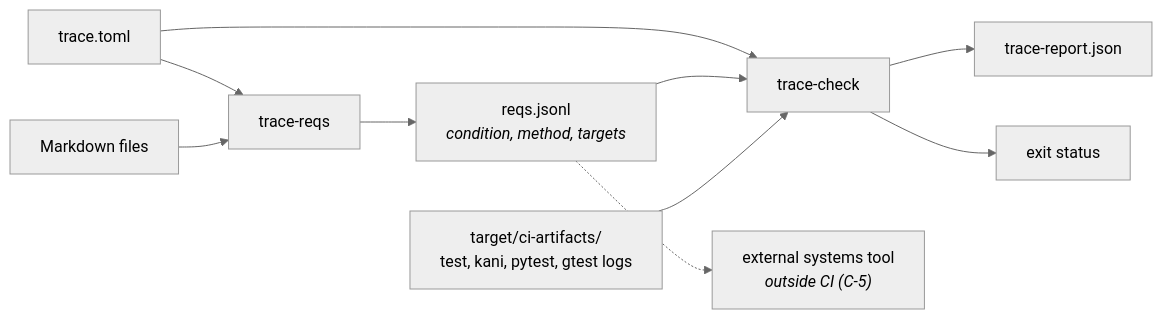
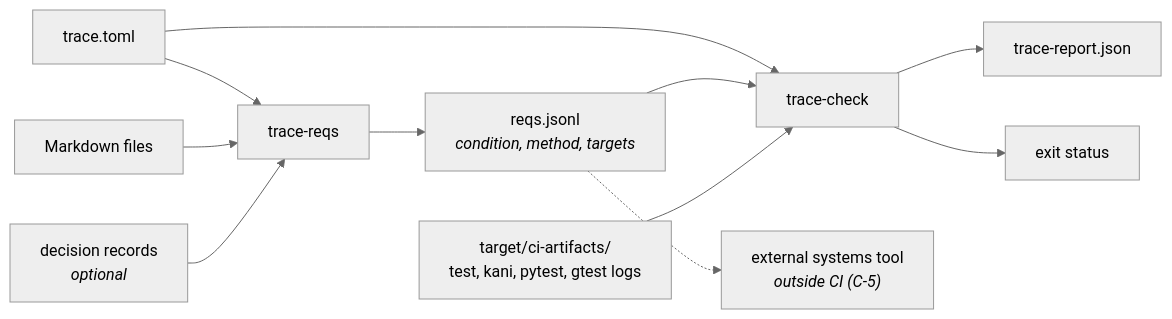
One commit to Dyse-Industries/control-rs changed the first of 2 diagrams in documentation/vv/requirement-traceability-design.md. Above: the diagram before and after it, drawn with Mermaid (neutral theme). The commit also changed other lines of this file and 11 other files, not shown here.

````diff
--- a/documentation/vv/requirement-traceability-design.md
+++ b/documentation/vv/requirement-traceability-design.md
@@ -234,12 +247,13 @@
 ```mermaid
 flowchart LR
     Cfg["trace.toml"] --> TR
     Cfg --> TC
     Docs["Markdown files"] --> TR["trace-reqs"]
+    Dec["decision records<br/><i>optional</i>"] --> TR
     TR --> RJ["reqs.jsonl<br/><i>condition, method, targets</i>"]
     RJ --> TC["trace-check"]
     Logs["target/ci-artifacts/<br/>test, kani, pytest, gtest logs"] --> TC
     TC --> Rep["trace-report.json"]
     TC --> Exit["exit status"]
     RJ -.-> Ext["external systems tool<br/><i>outside CI (C-5)</i>"]
 ```
````
